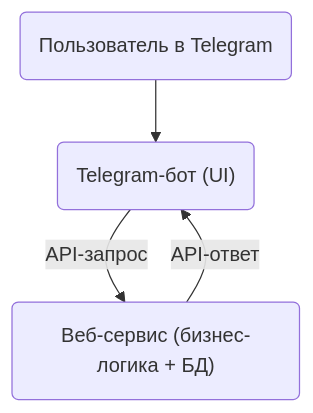
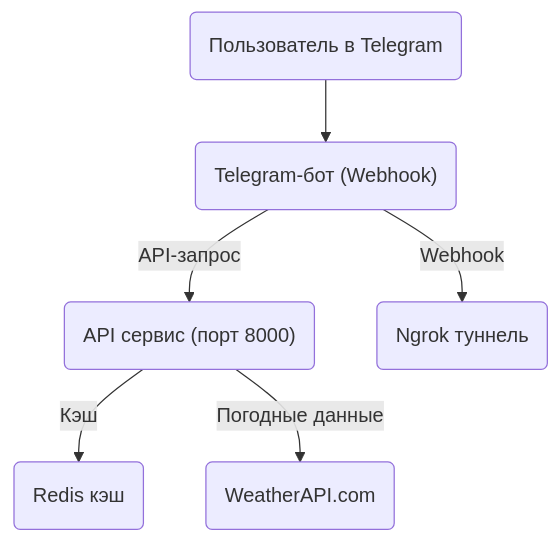
Before and after one commit to Chipekve/weather-api-service: the diagram in README.md, drawn with Mermaid. The commit also changed other lines of this file and 2 other files, not shown here.

````diff
--- a/README.md
+++ b/README.md
@@ -3,6 +3,8 @@
 ```mermaid
 graph TD
-    User("Пользователь в Telegram") --> Bot("Telegram-бот (UI)")
-    Bot -->|"API-запрос"| WebService("Веб-сервис (бизнес-логика + БД)")
-    WebService -->|"API-ответ"| Bot
+    User("Пользователь в Telegram") --> Bot("Telegram-бот (Webhook)")
+    Bot -->|"API-запрос"| API("API сервис (порт 8000)")
+    API -->|"Кэш"| Redis("Redis кэш")
+    API -->|"Погодные данные"| WeatherAPI("WeatherAPI.com")
+    Bot -->|"Webhook"| Ngrok("Ngrok туннель")
 ```
````
